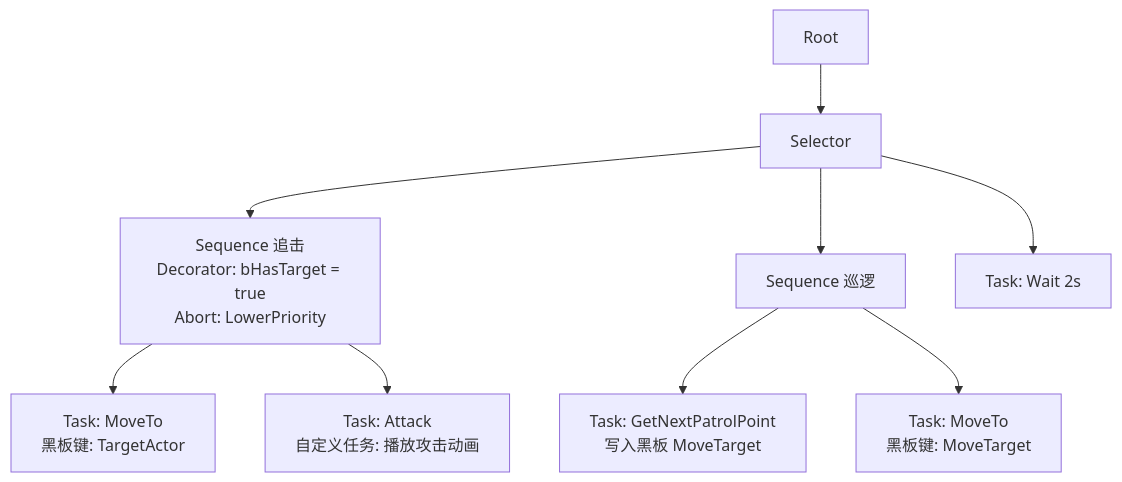
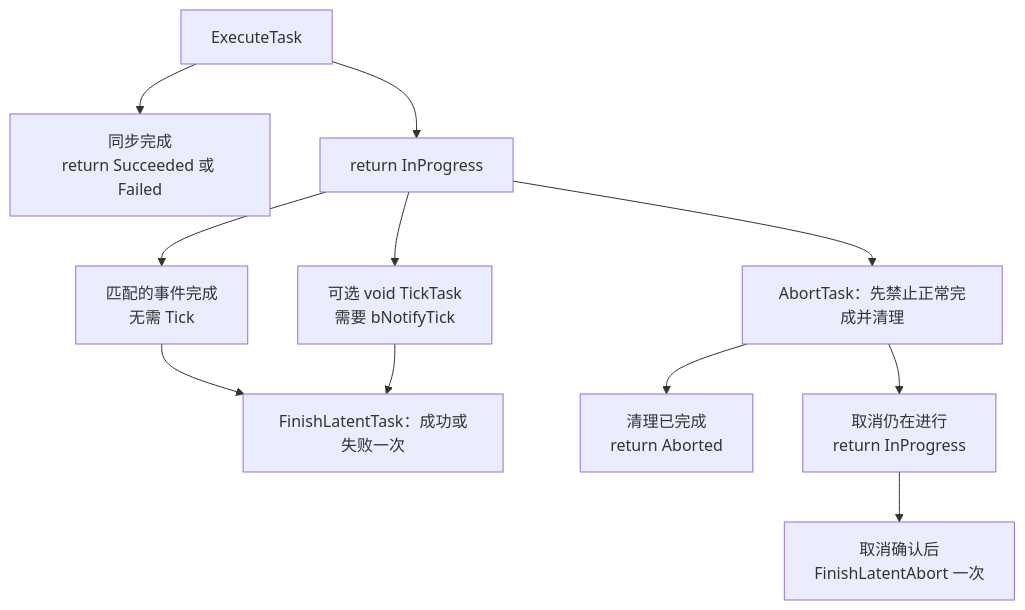
Before and after one commit to fantuan812/learning: the fourth of 5 diagrams in 知识/06-游戏AI/感知决策与行为规划/01-行为树详解.md, drawn with Mermaid. The commit also changed other lines of this file and 2 other files, not shown here.

````diff
--- a/知识/06-游戏AI/感知决策与行为规划/01-行为树详解.md
+++ b/知识/06-游戏AI/感知决策与行为规划/01-行为树详解.md
@@ -199,12 +155,13 @@
 ```mermaid
-graph TD
-    Root[Root]
-    Root --> Sel[Selector]
-    Sel --> SeqAtk[Sequence 追击<br/>Decorator: bHasTarget = true<br/>Abort: LowerPriority]
-    SeqAtk --> TChase[Task: MoveTo<br/>黑板键: TargetActor]
-    SeqAtk --> TAttack[Task: Attack<br/>自定义任务: 播放攻击动画]
-    Sel --> SeqPatrol[Sequence 巡逻]
-    SeqPatrol --> TNext[Task: GetNextPatrolPoint<br/>写入黑板 MoveTarget]
-    SeqPatrol --> TMove[Task: MoveTo<br/>黑板键: MoveTarget]
-    Sel --> TWait[Task: Wait 2s]
+flowchart TD
+    Execute[ExecuteTask] --> Sync[同步完成<br/>return Succeeded 或 Failed]
+    Execute --> Pending[return InProgress]
+    Pending --> Event[匹配的事件完成<br/>无需 Tick]
+    Pending --> Tick[可选 void TickTask<br/>需要 bNotifyTick]
+    Event --> Finish[FinishLatentTask：成功或失败一次]
+    Tick --> Finish
+    Pending --> Abort[AbortTask：先禁止正常完成并清理]
+    Abort --> Immediate[清理已完成<br/>return Aborted]
+    Abort --> Delayed[取消仍在进行<br/>return InProgress]
+    Delayed --> Ack[取消确认后<br/>FinishLatentAbort 一次]
 ```
````
